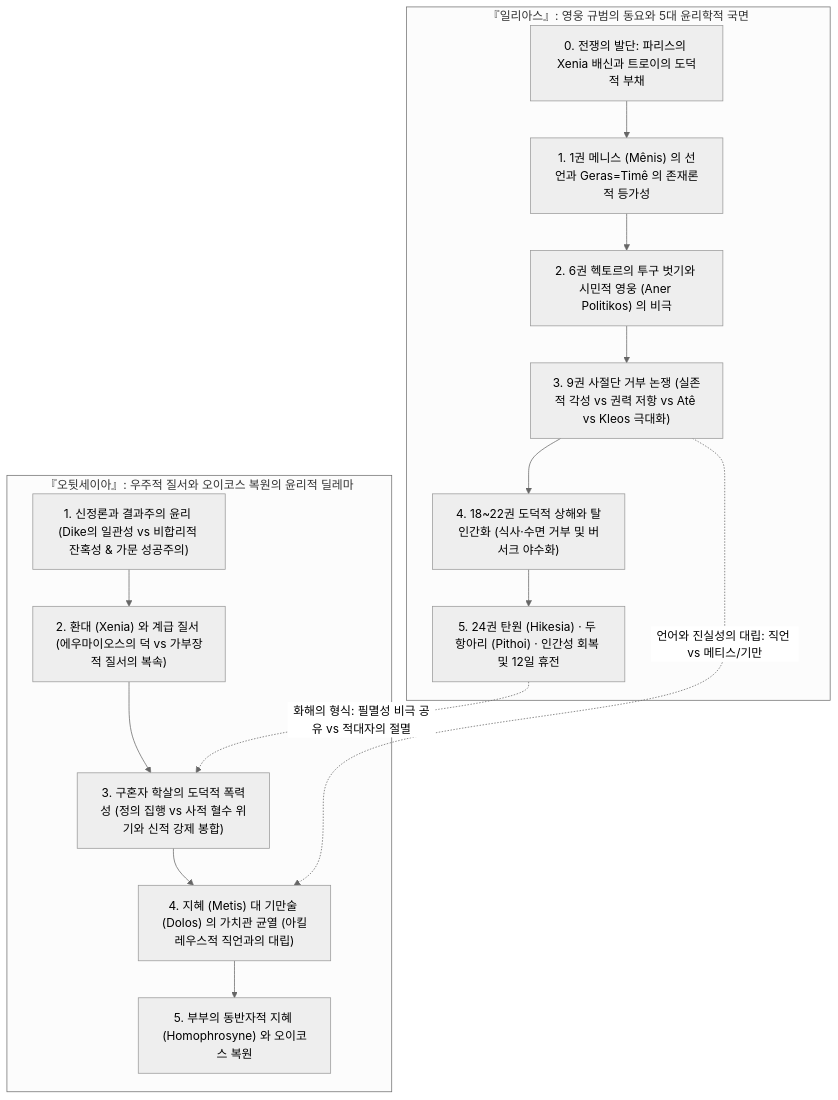
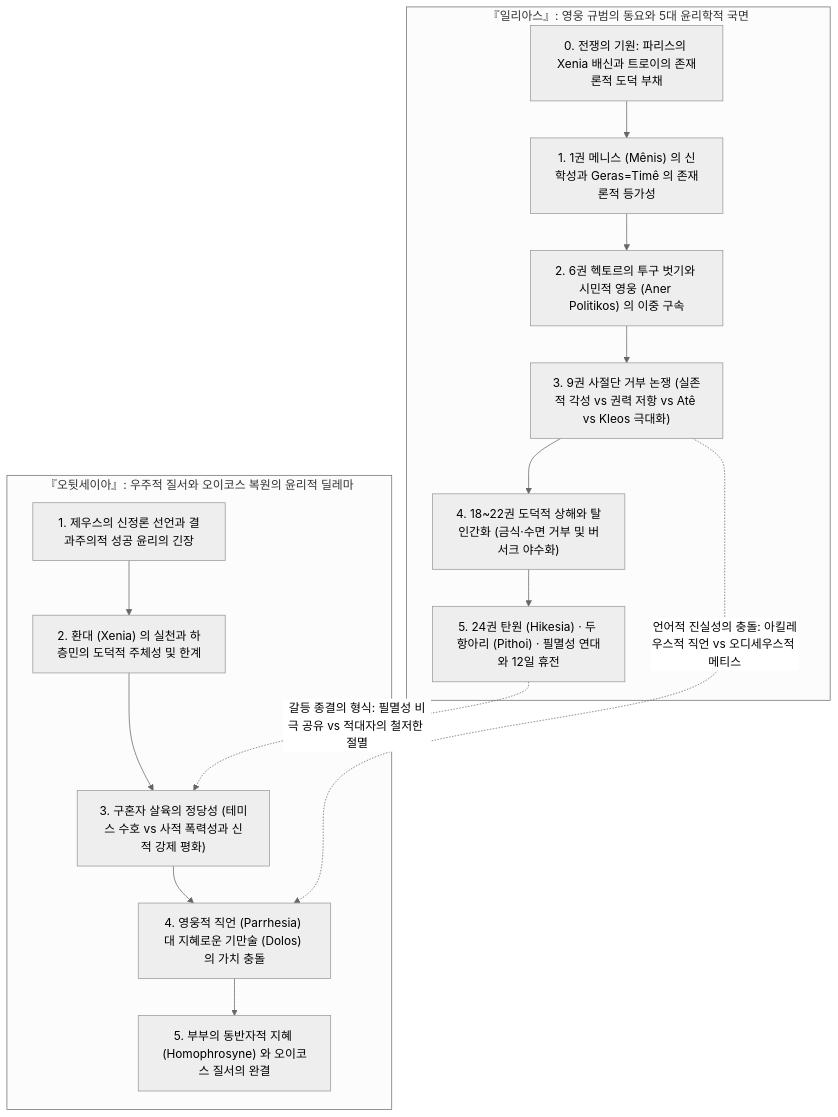
The first of 3 diagrams in wiki/analyses/homeric-ethics-literature-review.md (YgHnSIM/Homer_wiki), drawn with Mermaid (neutral theme) before and after one commit. The commit also changed other lines of this file and 2 other files, not shown here.

````diff
--- a/wiki/analyses/homeric-ethics-literature-review.md
+++ b/wiki/analyses/homeric-ethics-literature-review.md
@@ -76,24 +76,24 @@
 ```mermaid
 graph TD
     subgraph "『일리아스』: 영웅 규범의 동요와 5대 윤리학적 국면"
-        I0["0. 전쟁의 발단: 파리스의 Xenia 배신과 트로이의 도덕적 부채"]
-        I1["1. 1권 메니스 (Mênis) 의 선언과 Geras=Timê 의 존재론적 등가성"]
-        I2["2. 6권 헥토르의 투구 벗기와 시민적 영웅 (Aner Politikos) 의 비극"]
+        I0["0. 전쟁의 기원: 파리스의 Xenia 배신과 트로이의 존재론적 도덕 부채"]
+        I1["1. 1권 메니스 (Mênis) 의 신학성과 Geras=Timê 의 존재론적 등가성"]
+        I2["2. 6권 헥토르의 투구 벗기와 시민적 영웅 (Aner Politikos) 의 이중 구속"]
         I3["3. 9권 사절단 거부 논쟁 (실존적 각성 vs 권력 저항 vs Atê vs Kleos 극대화)"]
-        I4["4. 18~22권 도덕적 상해와 탈인간화 (식사·수면 거부 및 버서크 야수화)"]
-        I5["5. 24권 탄원 (Hikesia) · 두 항아리 (Pithoi) · 인간성 회복 및 12일 휴전"]
+        I4["4. 18~22권 도덕적 상해와 탈인간화 (금식·수면 거부 및 버서크 야수화)"]
+        I5["5. 24권 탄원 (Hikesia) · 두 항아리 (Pithoi) · 필멸성 연대와 12일 휴전"]
         I0 --> I1 --> I2 --> I3 --> I4 --> I5
     end
 
     subgraph "『오뒷세이아』: 우주적 질서와 오이코스 복원의 윤리적 딜레마"
-        O1["1. 신정론과 결과주의 윤리 (Dike의 일관성 vs 비합리적 잔혹성 & 가문 성공주의)"]
-        O2["2. 환대 (Xenia) 와 계급 질서 (에우마이오스의 덕 vs 가부장적 질서의 복속)"]
-        O3["3. 구혼자 학살의 도덕적 폭력성 (정의 집행 vs 사적 혈수 위기와 신적 강제 봉합)"]
-        O4["4. 지혜 (Metis) 대 기만술 (Dolos) 의 가치관 균열 (아킬레우스적 직언과의 대립)"]
-        O5["5. 부부의 동반자적 지혜 (Homophrosyne) 와 오이코스 복원"]
+        O1["1. 제우스의 신정론 선언과 결과주의적 성공 윤리의 긴장"]
+        O2["2. 환대 (Xenia) 의 실천과 하층민의 도덕적 주체성 및 한계"]
+        O3["3. 구혼자 살육의 정당성 (테미스 수호 vs 사적 폭력성과 신적 강제 평화)"]
+        O4["4. 영웅적 직언 (Parrhesia) 대 지혜로운 기만술 (Dolos) 의 가치 충돌"]
+        O5["5. 부부의 동반자적 지혜 (Homophrosyne) 와 오이코스 질서의 완결"]
         O1 --> O2 --> O3 --> O4 --> O5
     end
 
-    I3 -.->|언어와 진실성의 대립: 직언 vs 메티스/기만| O4
-    I5 -.->|화해의 형식: 필멸성 비극 공유 vs 적대자의 절멸| O3
+    I3 -.->|언어적 진실성의 충돌: 아킬레우스적 직언 vs 오디세우스적 메티스| O4
+    I5 -.->|갈등 종결의 형식: 필멸성 비극 공유 vs 적대자의 철저한 절멸| O3
 ```
````
